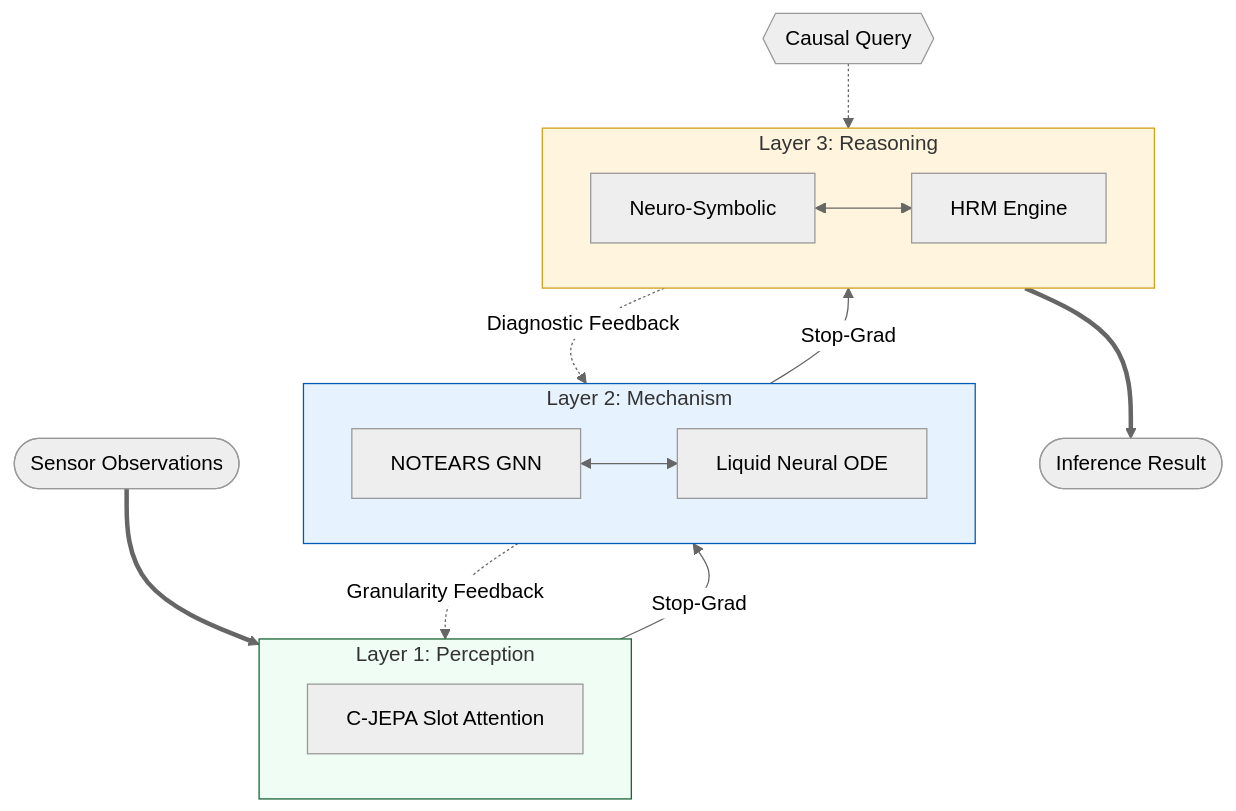
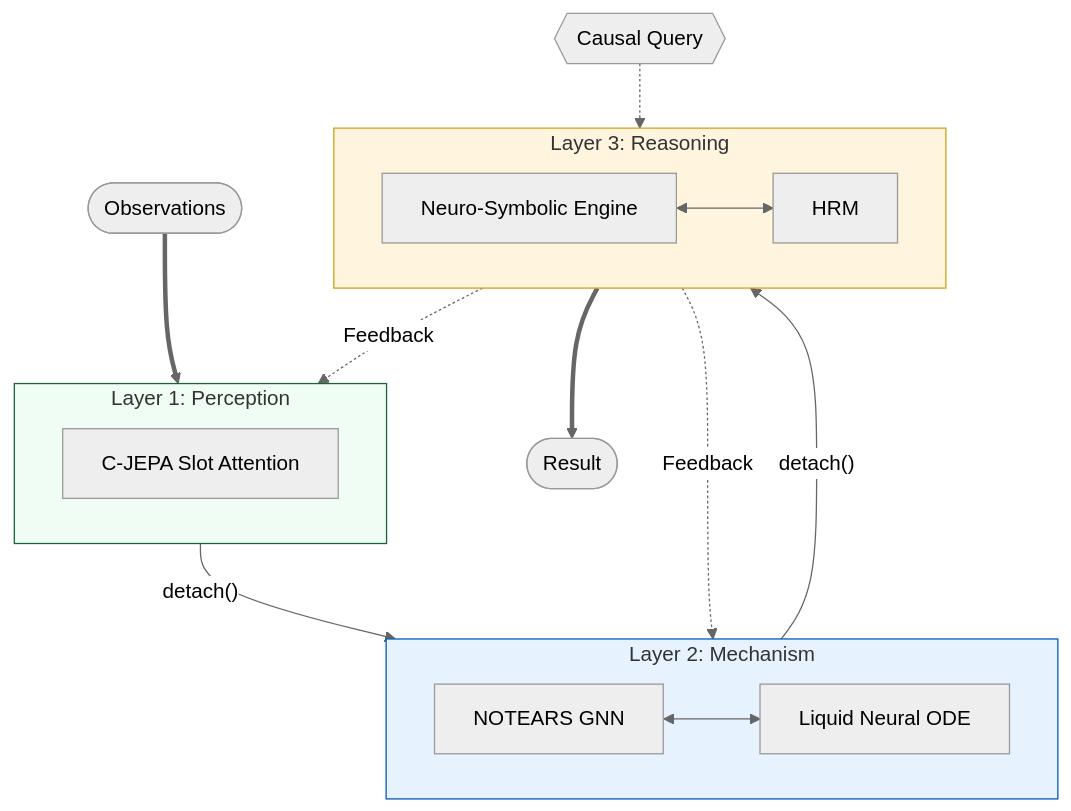
One commit to sunghunkwag/HHCRA-Causal-Inference changed the diagram in README.md. Above: the diagram before and after it, drawn with Mermaid (neutral theme). The commit also changed other lines of this file, not shown here.

````diff
--- a/README.md
+++ b/README.md
@@ -24,30 +23,30 @@
 ```mermaid
 flowchart TD
-    Input([Sensor Observations]) ==> L1
-    
+    Input([Observations]) ==> L1
+
     subgraph L1 [Layer 1: Perception]
         C1[C-JEPA Slot Attention]
     end
 
-    L1 -- "Stop-Grad" --> L2
-    
+    L1 -- "detach()" --> L2
+
     subgraph L2 [Layer 2: Mechanism]
         C2[NOTEARS GNN] <--> C3[Liquid Neural ODE]
     end
 
-    L2 -- "Stop-Grad" --> L3
+    L2 -- "detach()" --> L3
 
     subgraph L3 [Layer 3: Reasoning]
-        C4[Neuro-Symbolic] <--> C5[HRM Engine]
+        C4[Neuro-Symbolic Engine] <--> C5[HRM]
     end
 
     Q{{Causal Query}} -.-> L3
-    L3 ==> R([Inference Result])
+    L3 ==> R([Result])
 
-    L3 -. "Diagnostic Feedback" .-> L2
-    L2 -. "Granularity Feedback" .-> L1
+    L3 -. "Feedback" .-> L2
+    L3 -. "Feedback" .-> L1
 
     style L1 fill:#f0fdf4,stroke:#166534
     style L2 fill:#e7f2ff,stroke:#005bb7
     style L3 fill:#fff4dd,stroke:#d4a017
 ```
````
